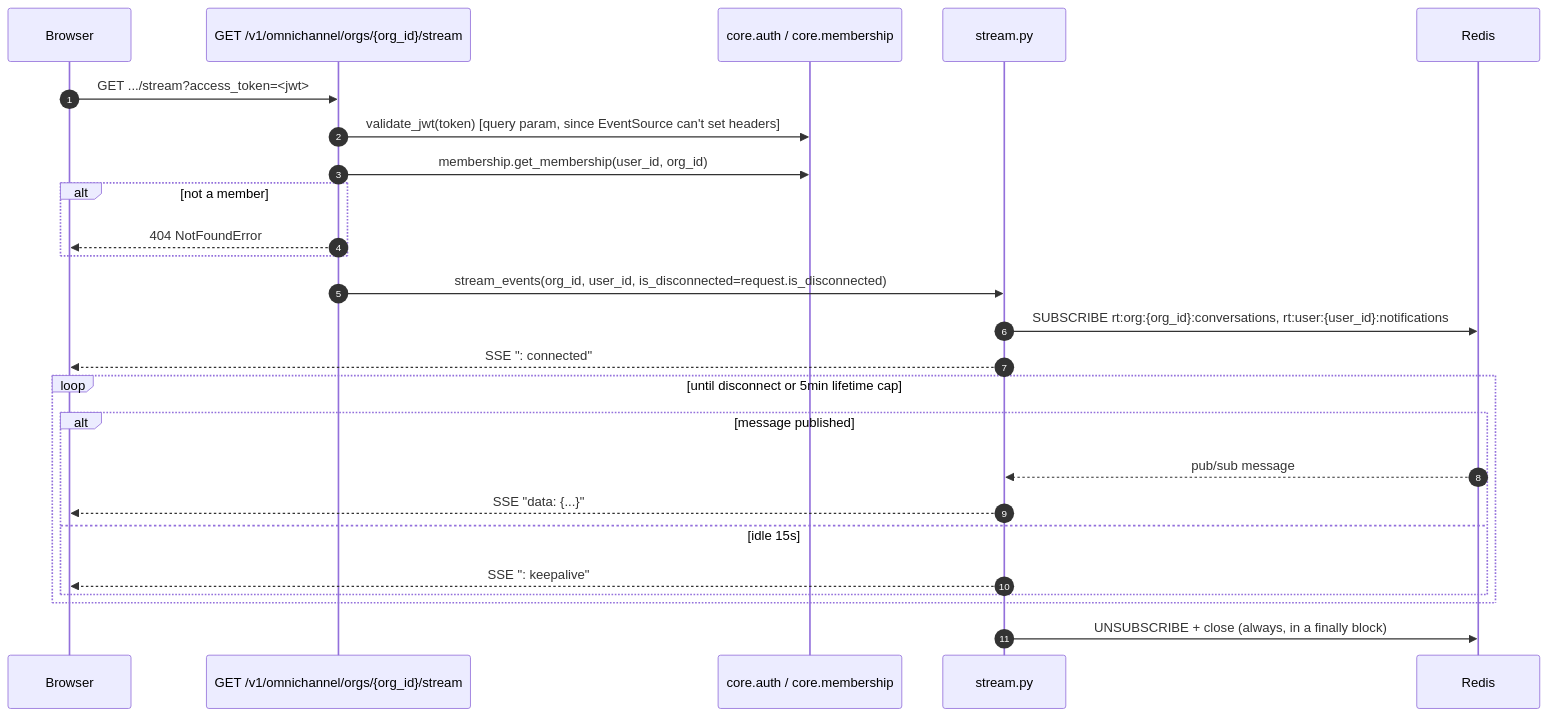
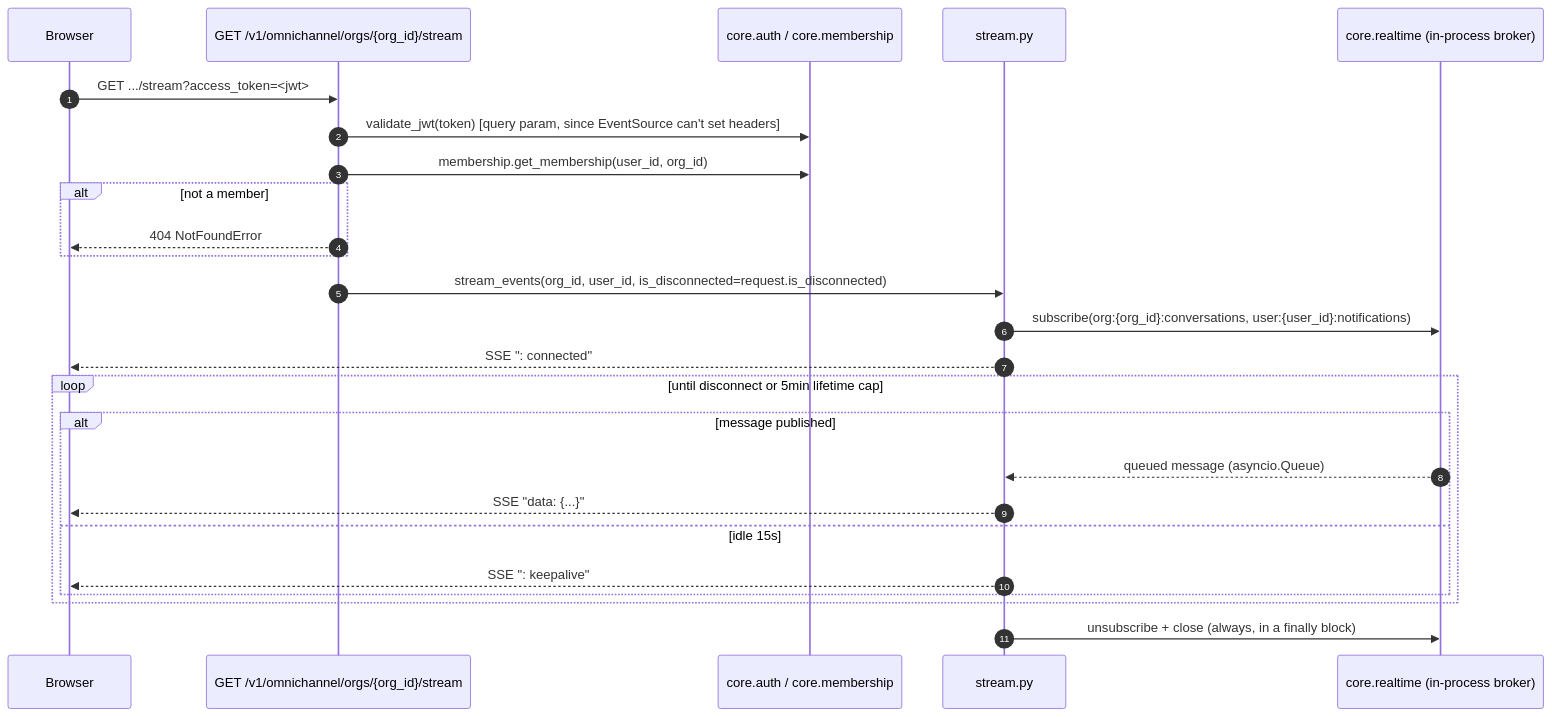
The third of 3 diagrams in docs/services/omnichannel/routing-and-realtime.md (RafaelOjeda/A2Z-Core), drawn with Mermaid before and after one commit. The commit also changed other lines of this file and 32 other files, not shown here.

````diff
--- a/docs/services/omnichannel/routing-and-realtime.md
+++ b/docs/services/omnichannel/routing-and-realtime.md
@@ -91,28 +80,28 @@
 ```mermaid
 sequenceDiagram
     autonumber
     participant Browser
     participant Router as GET /v1/omnichannel/orgs/{org_id}/stream
     participant Auth as core.auth / core.membership
     participant Stream as stream.py
-    participant Redis
+    participant RT as core.realtime (in-process broker)
 
     Browser->>Router: GET .../stream?access_token=<jwt>
     Router->>Auth: validate_jwt(token) [query param, since EventSource can't set headers]
     Router->>Auth: membership.get_membership(user_id, org_id)
     alt not a member
         Router-->>Browser: 404 NotFoundError
     end
     Router->>Stream: stream_events(org_id, user_id, is_disconnected=request.is_disconnected)
-    Stream->>Redis: SUBSCRIBE rt:org:{org_id}:conversations, rt:user:{user_id}:notifications
+    Stream->>RT: subscribe(org:{org_id}:conversations, user:{user_id}:notifications)
     Stream-->>Browser: SSE ": connected"
     loop until disconnect or 5min lifetime cap
         alt message published
-            Redis-->>Stream: pub/sub message
+            RT-->>Stream: queued message (asyncio.Queue)
             Stream-->>Browser: SSE "data: {...}"
         else idle 15s
             Stream-->>Browser: SSE ": keepalive"
         end
     end
-    Stream->>Redis: UNSUBSCRIBE + close (always, in a finally block)
+    Stream->>RT: unsubscribe + close (always, in a finally block)
 ```
````
